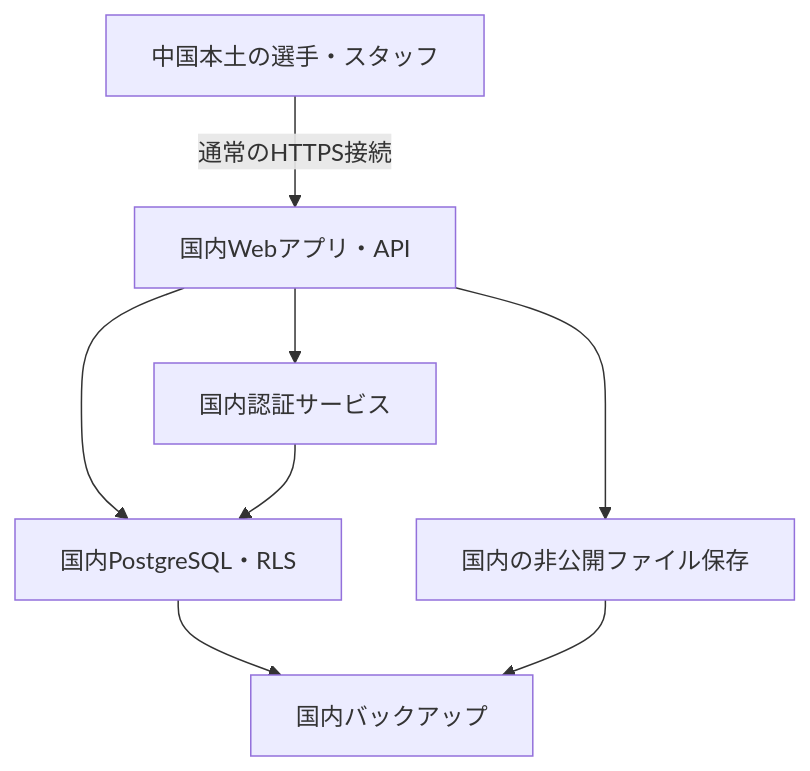
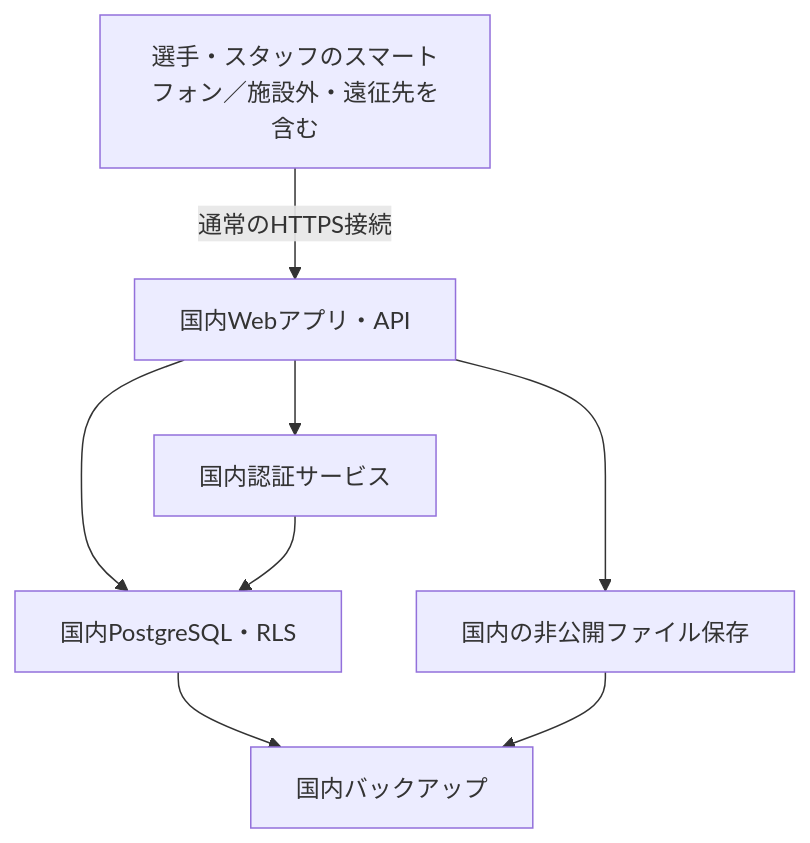
Before and after one commit to SH-54/athlete-monitoring-system: the diagram in docs/CHINA_DEPLOYMENT.md, drawn with Mermaid. The commit also changed other lines of this file and 1 other file, not shown here.

````diff
--- a/docs/CHINA_DEPLOYMENT.md
+++ b/docs/CHINA_DEPLOYMENT.md
@@ -23,10 +24,10 @@
 ```mermaid
 flowchart TD
-  A[中国本土の選手・スタッフ] -->|通常のHTTPS接続| B[国内Webアプリ・API]
+  A[選手・スタッフのスマートフォン／施設外・遠征先を含む] -->|通常のHTTPS接続| B[国内Webアプリ・API]
   B --> C[国内認証サービス]
   B --> D[国内PostgreSQL・RLS]
   B --> E[国内の非公開ファイル保存]
   C --> D
   D --> F[国内バックアップ]
   E --> F
 ```
````
